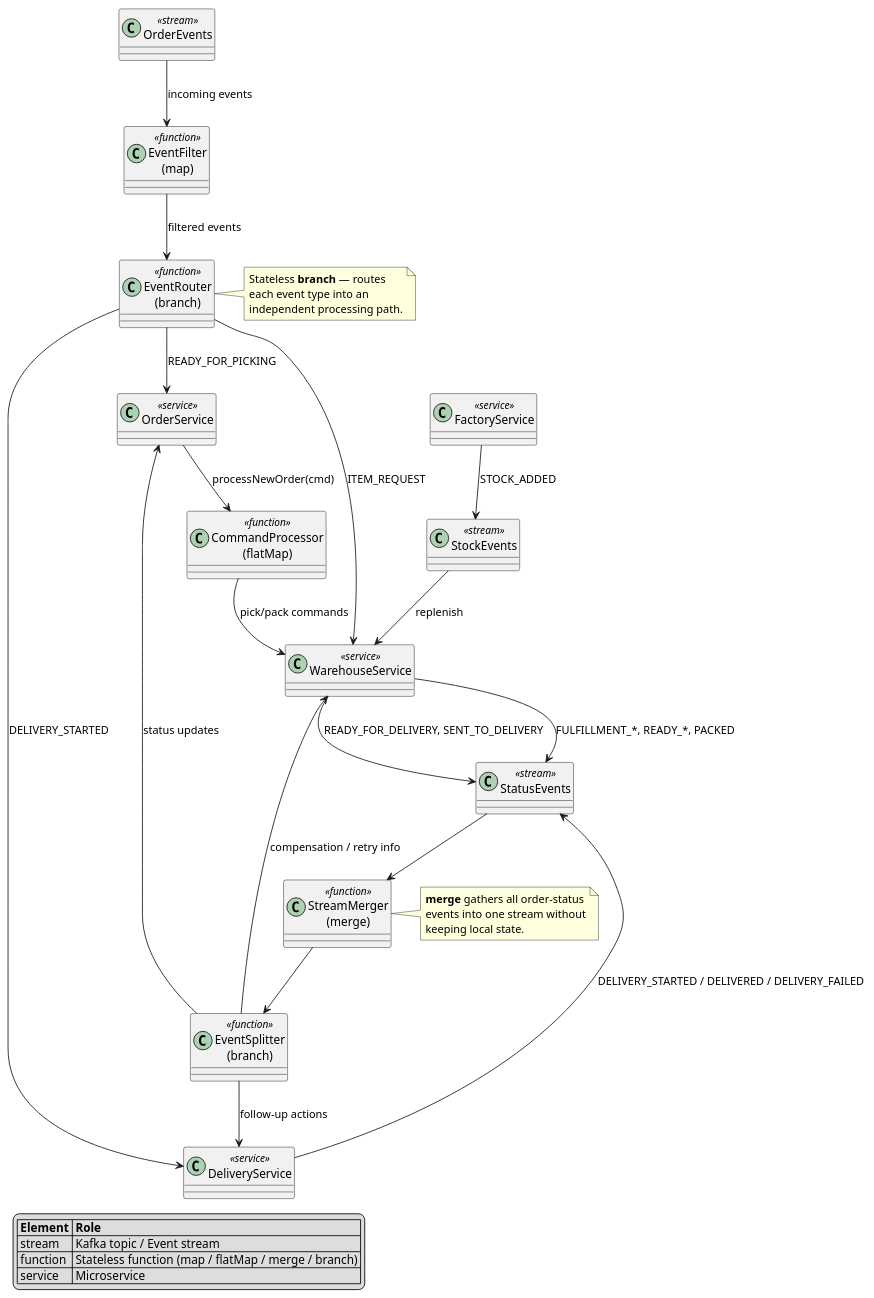
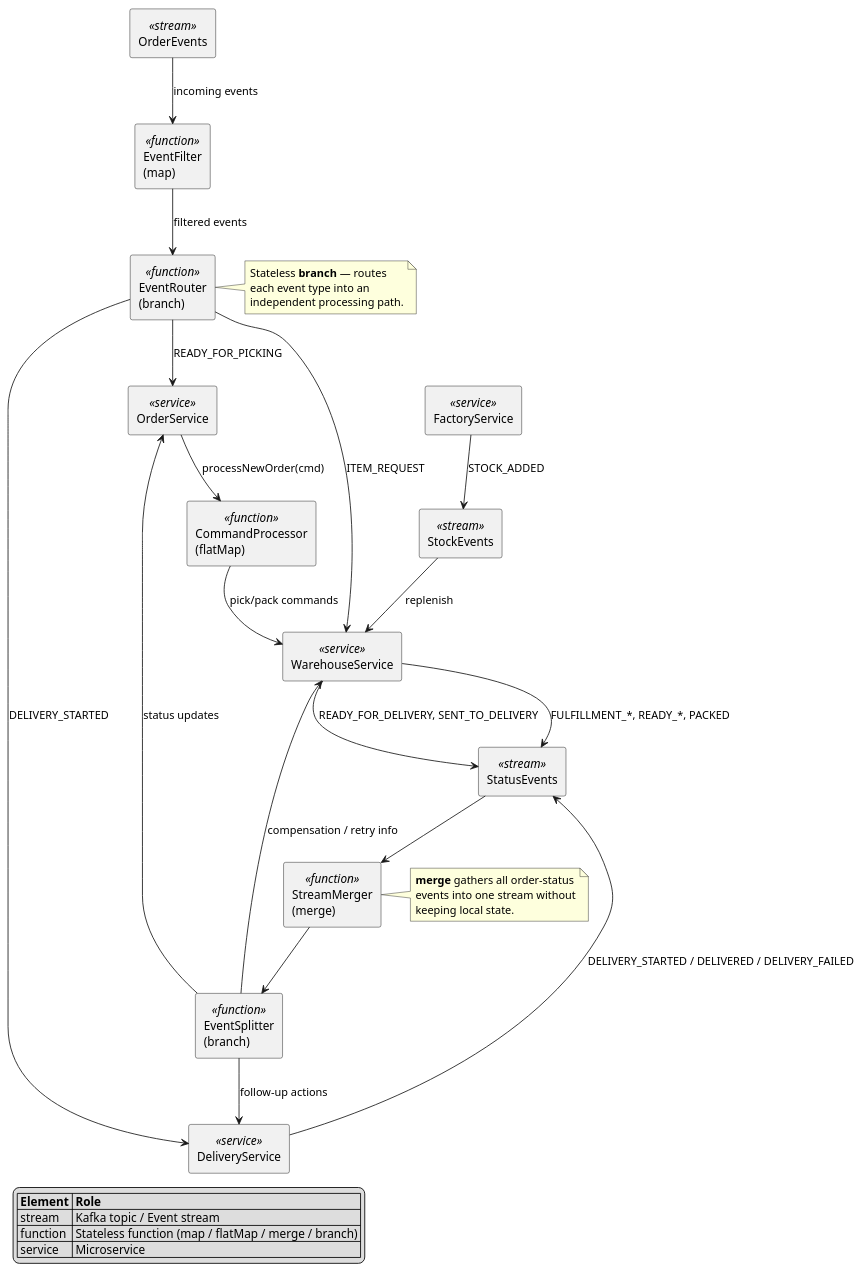
Before and after one commit to polinachakun/order-pipeline: the diagram in docs/topologies/8stateless.puml, drawn with PlantUML.

Commit message:
stateless topology refactored

```diff
--- a/docs/topologies/8stateless.puml
+++ b/docs/topologies/8stateless.puml
@@ -1,83 +1,83 @@
 @startuml
 '------------------------------------------
 '  General style (monochrome)
 '------------------------------------------
 skinparam defaultFontName Arial
 
-skinparam class {
+skinparam rectangle {
   BorderColor Black
   FontColor Black
   Shadowing false
 }
 '------------------------------------------
 '  Streams
 '------------------------------------------
-class "OrderEvents"  as OrderStream  <<stream>>
-class "StatusEvents" as StatusStream <<stream>>
-class "StockEvents"  as StockStream  <<stream>>
+rectangle "OrderEvents"  as OrderStream  <<stream>>
+rectangle "StatusEvents" as StatusStream <<stream>>
+rectangle "StockEvents"  as StockStream  <<stream>>
 
 '------------------------------------------
 '  Stateless functions
 '------------------------------------------
-class "EventFilter\n(map)"          as EventFilter      <<function>>
-class "EventRouter\n(branch)"       as EventRouter      <<function>>
-class "CommandProcessor\n(flatMap)" as CommandProcessor <<function>>
-class "StreamMerger\n(merge)"       as StreamMerger     <<function>>
-class "EventSplitter\n(branch)"     as EventSplitter    <<function>>
+rectangle "EventFilter\n(map)"          as EventFilter      <<function>>
+rectangle "EventRouter\n(branch)"       as EventRouter      <<function>>
+rectangle "CommandProcessor\n(flatMap)" as CommandProcessor <<function>>
+rectangle "StreamMerger\n(merge)"       as StreamMerger     <<function>>
+rectangle "EventSplitter\n(branch)"     as EventSplitter    <<function>>
 
 '------------------------------------------
 '  Services
 '------------------------------------------
-class "OrderService"     as OrderSvc   <<service>>
-class "WarehouseService" as WareSvc    <<service>>
-class "FactoryService"   as FactorySvc <<service>>
-class "DeliveryService"  as DelivSvc   <<service>>
+rectangle "OrderService"     as OrderSvc   <<service>>
+rectangle "WarehouseService" as WareSvc    <<service>>
+rectangle "FactoryService"   as FactorySvc <<service>>
+rectangle "DeliveryService"  as DelivSvc   <<service>>
 
 '------------------------------------------
 '  Pipeline
 '------------------------------------------
 OrderStream   --> EventFilter                 : incoming events
 EventFilter   --> EventRouter                 : filtered events
 EventRouter   --> OrderSvc                    : READY_FOR_PICKING
 EventRouter   --> WareSvc                     : ITEM_REQUEST
 EventRouter   --> DelivSvc                    : DELIVERY_STARTED
 
 OrderSvc      --> CommandProcessor            : processNewOrder(cmd)
 CommandProcessor --> WareSvc                  : pick/pack commands
 
 WareSvc       --> StatusStream                : FULFILLMENT_*, READY_*, PACKED
 FactorySvc    --> StockStream                 : STOCK_ADDED
 
 StockStream   --> WareSvc                     : replenish
 WareSvc       --> StatusStream                : READY_FOR_DELIVERY, SENT_TO_DELIVERY
 
 DelivSvc      --> StatusStream                : DELIVERY_STARTED / DELIVERED / DELIVERY_FAILED
 
 StatusStream  --> StreamMerger
 StreamMerger  --> EventSplitter
 EventSplitter --> OrderSvc                    : status updates
 EventSplitter --> WareSvc                     : compensation / retry info
 EventSplitter --> DelivSvc                    : follow‑up actions
 
 '------------------------------------------
 '  Annotations
 '------------------------------------------
 note right of EventRouter
   Stateless **branch** — routes
   each event type into an
   independent processing path.
 end note
 
 note right of StreamMerger
   **merge** gathers all order‑status
   events into one stream without
   keeping local state.
 end note
 
 legend left
 |= Element |= Role |
 | stream    | Kafka topic / Event stream |
 | function  | Stateless function (map / flatMap / merge / branch) |
 | service   | Microservice |
 endlegend
 @enduml
```
